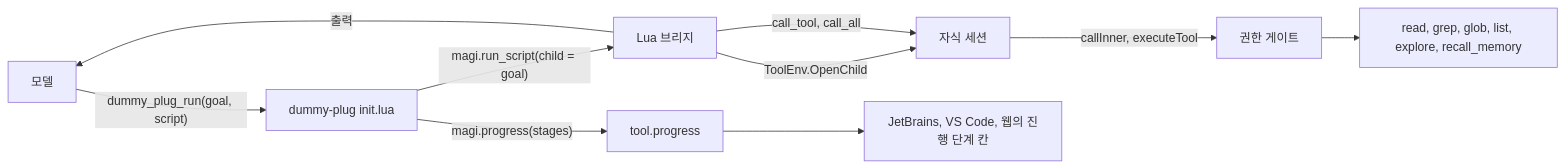
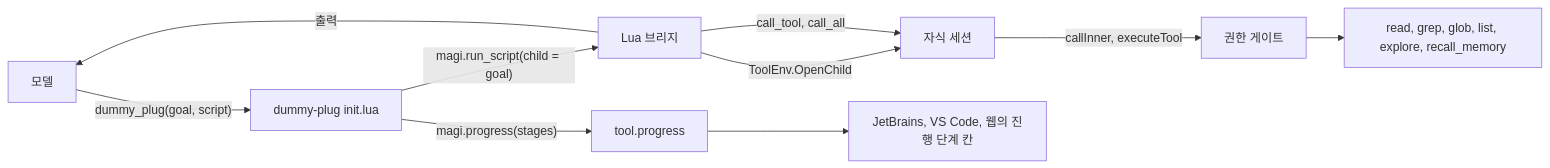
One commit to sayaya1090/magi changed the first of 2 diagrams in docs/DUMMY_PLUG.ko.md. Above: the diagram before and after it, drawn with Mermaid. The commit also changed other lines of this file and 13 other files, not shown here.

First line of the commit message:
Dummy plug: call the tool dummy_plug, not dummy_plug_run

````diff
--- a/docs/DUMMY_PLUG.ko.md
+++ b/docs/DUMMY_PLUG.ko.md
@@ -28,12 +28,12 @@
 ```mermaid
 flowchart LR
-  M["모델"] -->|"dummy_plug_run(goal, script)"| T["dummy-plug init.lua"]
+  M["모델"] -->|"dummy_plug(goal, script)"| T["dummy-plug init.lua"]
   T -->|"magi.run_script(child = goal)"| B["Lua 브리지"]
   B -->|"ToolEnv.OpenChild"| C["자식 세션"]
   B -->|"call_tool, call_all"| C
   C -->|"callInner, executeTool"| G["권한 게이트"]
   G --> R["read, grep, glob, list, explore, recall_memory"]
   T -->|"magi.progress(stages)"| P["tool.progress"]
   P --> U["JetBrains, VS Code, 웹의 진행 단계 칸"]
   B -->|"출력"| M
 ```
````
